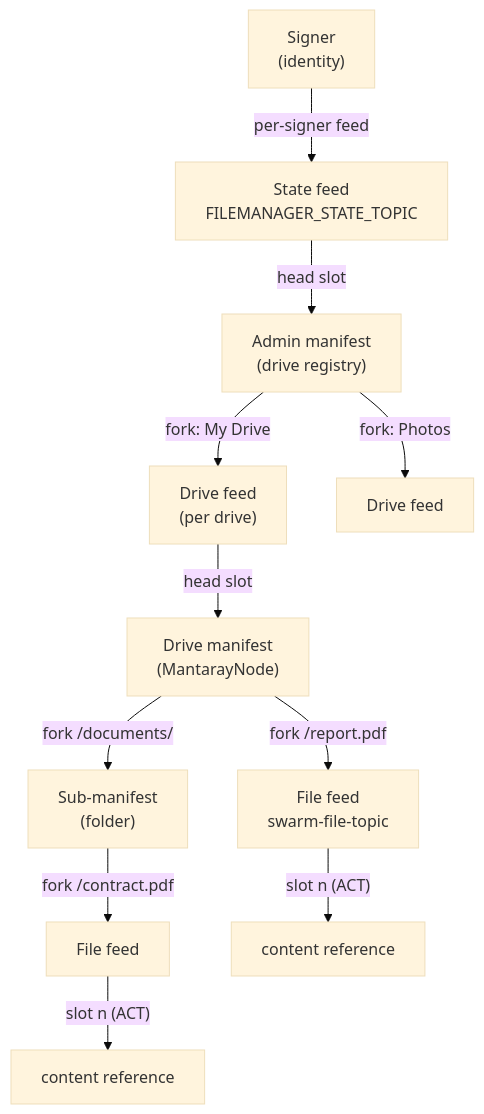
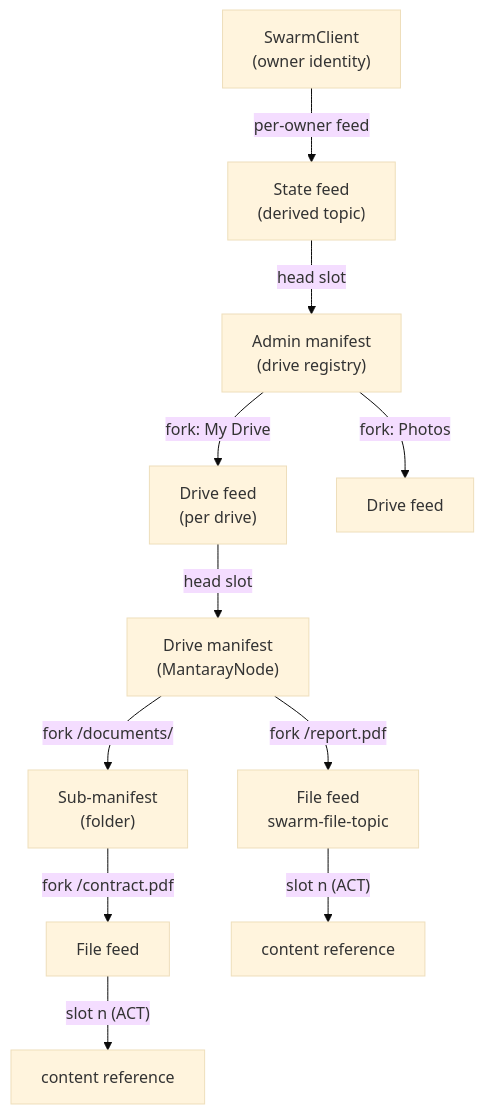
Before and after one commit to Solar-Punk-Ltd/file-manager-lib: the diagram in README.md, drawn with Mermaid (base theme). The commit also changed other lines of this file and 37 other files, not shown here.

First line of the commit message:
feat: implement swarmClient interface

````diff
--- a/README.md
+++ b/README.md
@@ -45,13 +45,13 @@
 ```mermaid
 flowchart TD
-  S["Signer<br/>(identity)"] -->|per-signer feed| SF["State feed<br/>FILEMANAGER_STATE_TOPIC"]
+  S["SwarmClient<br/>(owner identity)"] -->|per-owner feed| SF["State feed<br/>(derived topic)"]
   SF -->|head slot| AM["Admin manifest<br/>(drive registry)"]
   AM -->|fork: My Drive| DF1["Drive feed<br/>(per drive)"]
   AM -->|fork: Photos| DF2["Drive feed"]
   DF1 -->|head slot| DM["Drive manifest<br/>(MantarayNode)"]
   DM -->|"fork /report.pdf"| FF1["File feed<br/>swarm-file-topic"]
   DM -->|"fork /documents/"| SUB["Sub-manifest<br/>(folder)"]
   SUB -->|"fork /contract.pdf"| FF2["File feed"]
   FF1 -->|"slot n (ACT)"| C1["content reference"]
   FF2 -->|"slot n (ACT)"| C2["content reference"]
 ```
````
